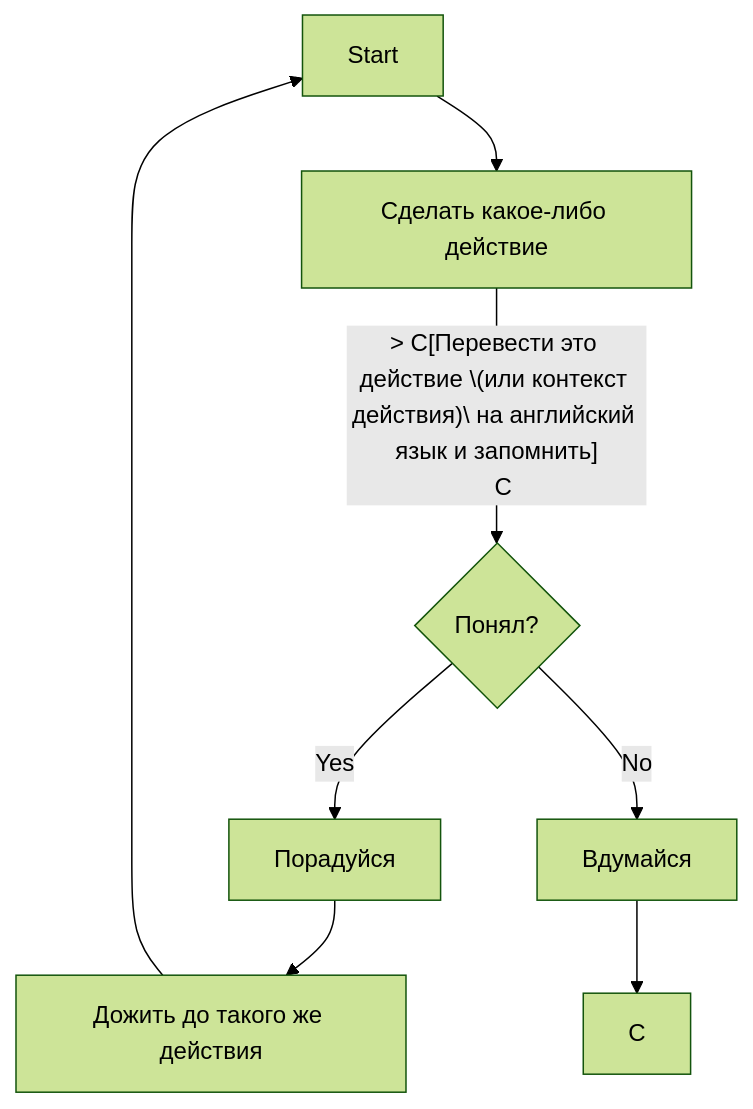
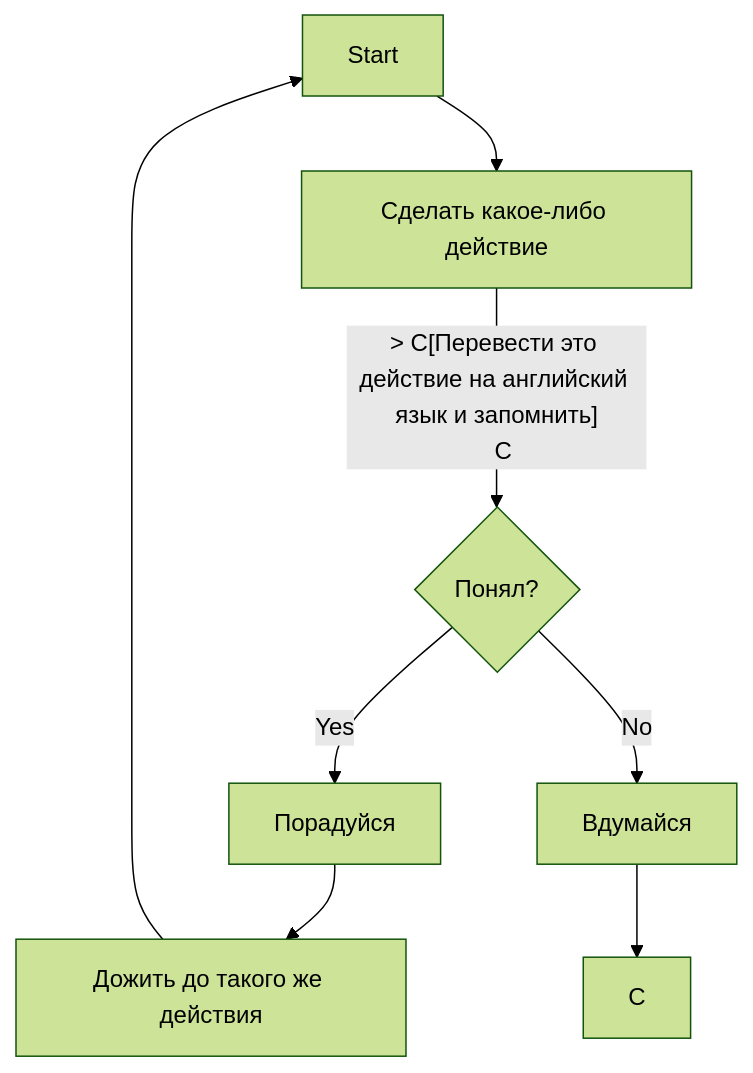
Before and after one commit to Fluorin3/hello_git: the diagram in README.md, drawn with Mermaid (forest theme).

Commit message:
readme update

````diff
--- a/README.md
+++ b/README.md
@@ -35,8 +35,8 @@
 ```mermaid
 graph TD
   A[Start] --> B[Сделать какое-либо действие]
-  B -- > C[Перевести это действие \(или контекст действия)\ на английский язык и запомнить]
+  B -- > C[Перевести это действие на английский язык и запомнить]
   C --> D{Понял?}
   D --> |Yes| E[Порадуйся] --> G[Дожить до такого же действия] --> A
   D --> |No| F[Вдумайся] --> C
 ```
````
